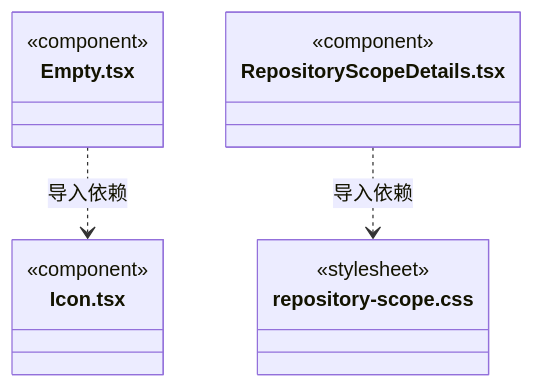
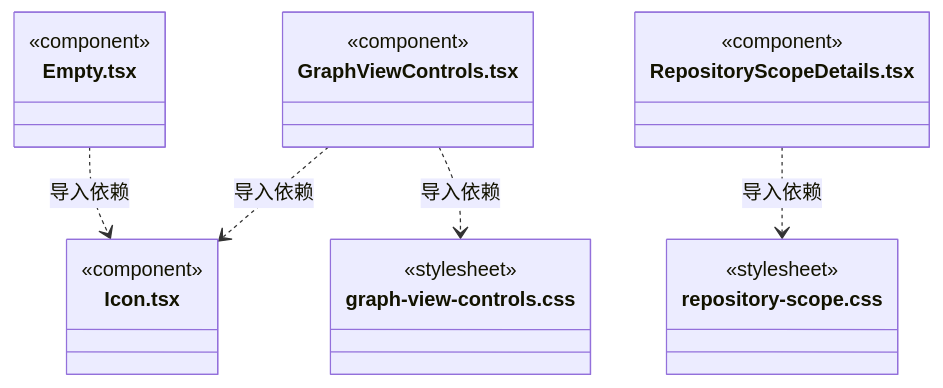
One commit to nan023062/cbim changed the ninth of 9 diagrams in src/frontend/components/ARCHITECTURE.md. Above: the diagram before and after it, drawn with Mermaid. The commit also changed other lines of this file and 19 other files, not shown here.

Commit message:
feat: simplify graph controls and custom team tree (#18)

````diff
--- a/src/frontend/components/ARCHITECTURE.md
+++ b/src/frontend/components/ARCHITECTURE.md
@@ -90,17 +113,25 @@
 ```mermaid
 classDiagram
 class N_src_frontend_components_Empty_tsx["Empty.tsx"] {
   <<component>>
 }
 class N_src_frontend_components_Icon_tsx["Icon.tsx"] {
   <<component>>
 }
+class N_src_frontend_components_GraphViewControls_tsx["GraphViewControls.tsx"] {
+  <<component>>
+}
+class N_src_frontend_components_graph_view_controls_css["graph-view-controls.css"] {
+  <<stylesheet>>
+}
 class N_src_frontend_components_RepositoryScopeDetails_tsx["RepositoryScopeDetails.tsx"] {
   <<component>>
 }
 class N_src_frontend_components_repository_scope_css["repository-scope.css"] {
   <<stylesheet>>
 }
 N_src_frontend_components_Empty_tsx ..> N_src_frontend_components_Icon_tsx : 导入依赖
+N_src_frontend_components_GraphViewControls_tsx ..> N_src_frontend_components_Icon_tsx : 导入依赖
+N_src_frontend_components_GraphViewControls_tsx ..> N_src_frontend_components_graph_view_controls_css : 导入依赖
 N_src_frontend_components_RepositoryScopeDetails_tsx ..> N_src_frontend_components_repository_scope_css : 导入依赖
 ```
````
